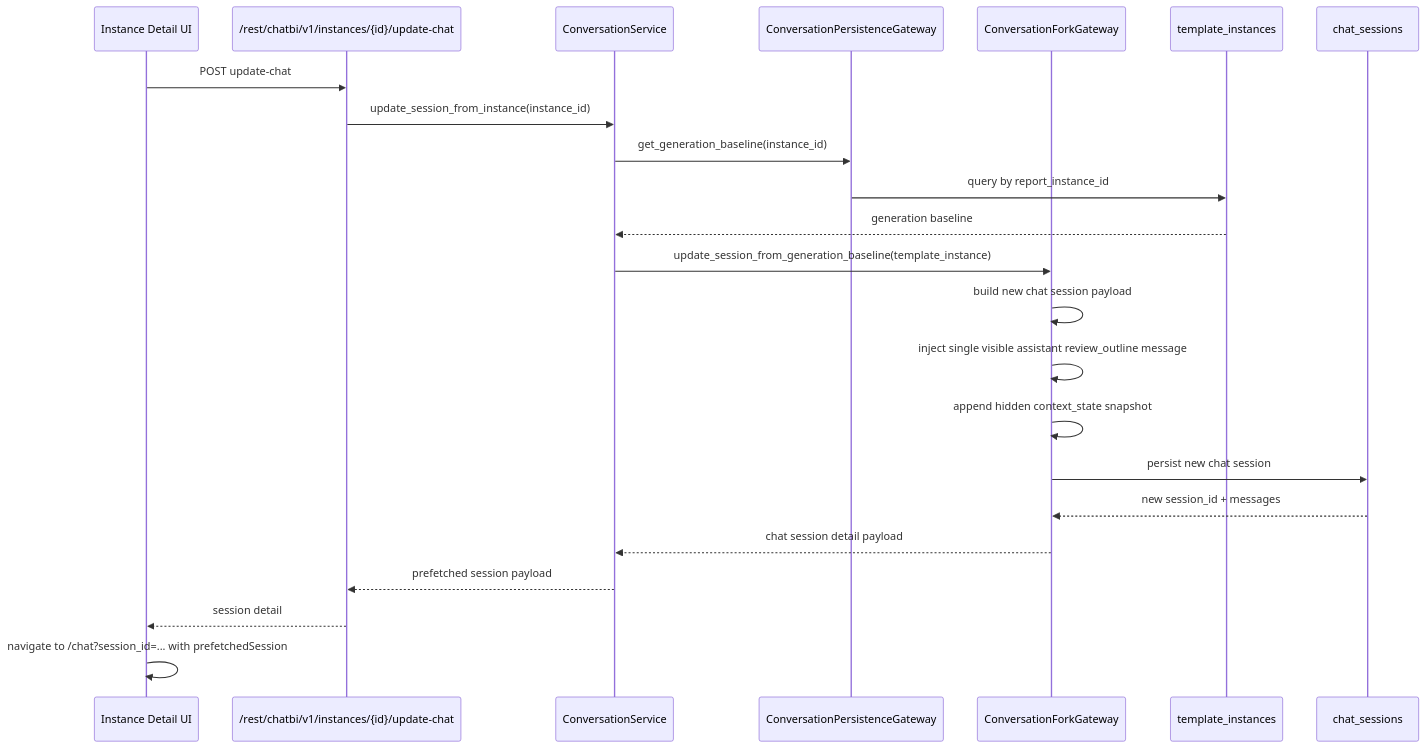
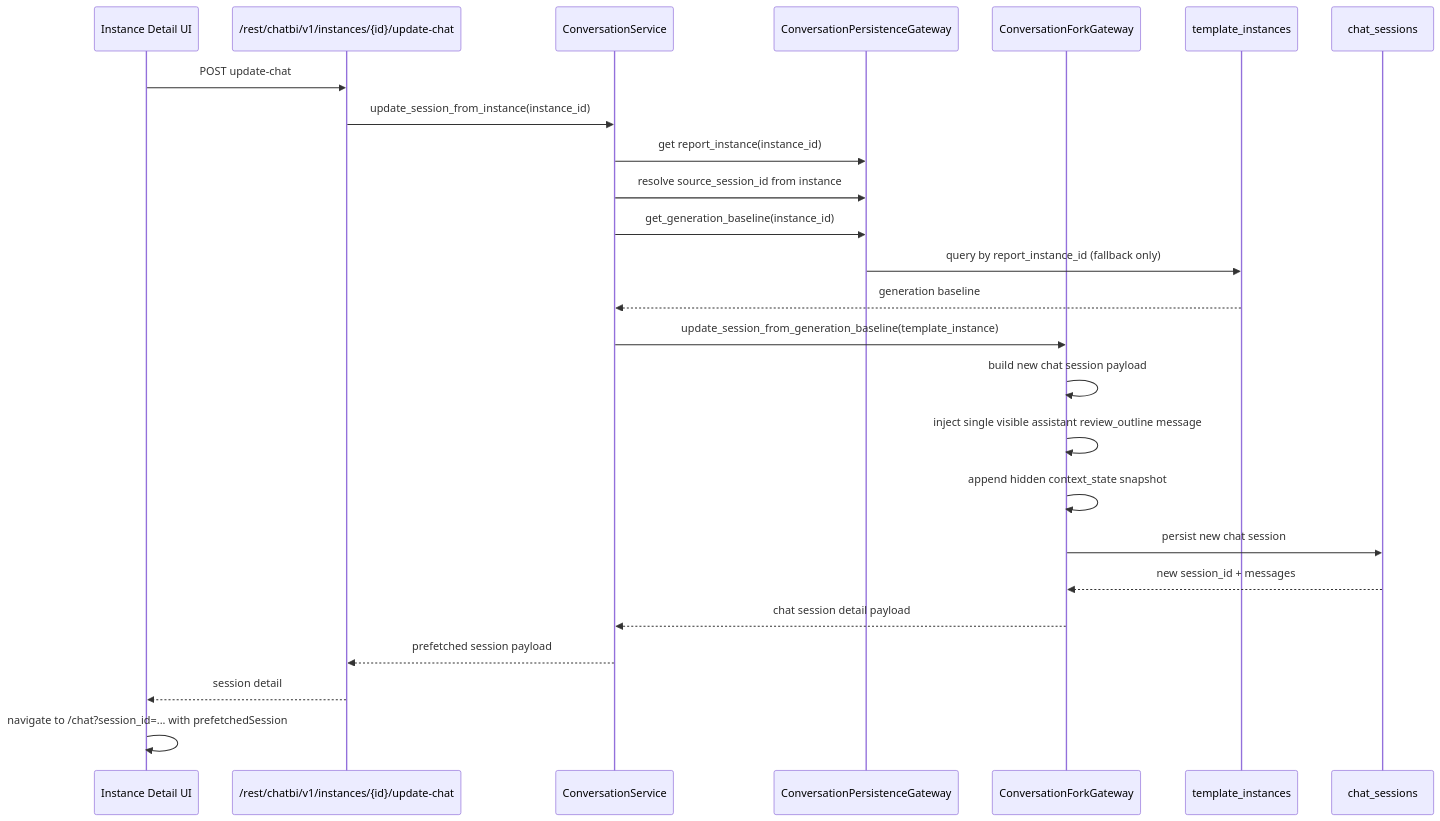
The third of 3 diagrams in design/implementation/runtime_sequences.md (shel447/ReportSystem), drawn with Mermaid before and after one commit. The commit also changed other lines of this file and 10 other files, not shown here.

````diff
--- a/design/implementation/runtime_sequences.md
+++ b/design/implementation/runtime_sequences.md
@@ -116,26 +120,28 @@
 ```mermaid
 sequenceDiagram
     participant UI as Instance Detail UI
     participant API as /rest/chatbi/v1/instances/{id}/update-chat
     participant Conv as ConversationService
     participant Persist as ConversationPersistenceGateway
     participant Fork as ConversationForkGateway
     participant Baseline as template_instances
     participant SessionRepo as chat_sessions
 
     UI->>API: POST update-chat
     API->>Conv: update_session_from_instance(instance_id)
+    Conv->>Persist: get report_instance(instance_id)
+    Conv->>Persist: resolve source_session_id from instance
     Conv->>Persist: get_generation_baseline(instance_id)
-    Persist->>Baseline: query by report_instance_id
+    Persist->>Baseline: query by report_instance_id (fallback only)
     Baseline-->>Conv: generation baseline
     Conv->>Fork: update_session_from_generation_baseline(template_instance)
     Fork->>Fork: build new chat session payload
     Fork->>Fork: inject single visible assistant review_outline message
     Fork->>Fork: append hidden context_state snapshot
     Fork->>SessionRepo: persist new chat session
     SessionRepo-->>Fork: new session_id + messages
     Fork-->>Conv: chat session detail payload
     Conv-->>API: prefetched session payload
     API-->>UI: session detail
     UI->>UI: navigate to /chat?session_id=... with prefetchedSession
 ```
````
